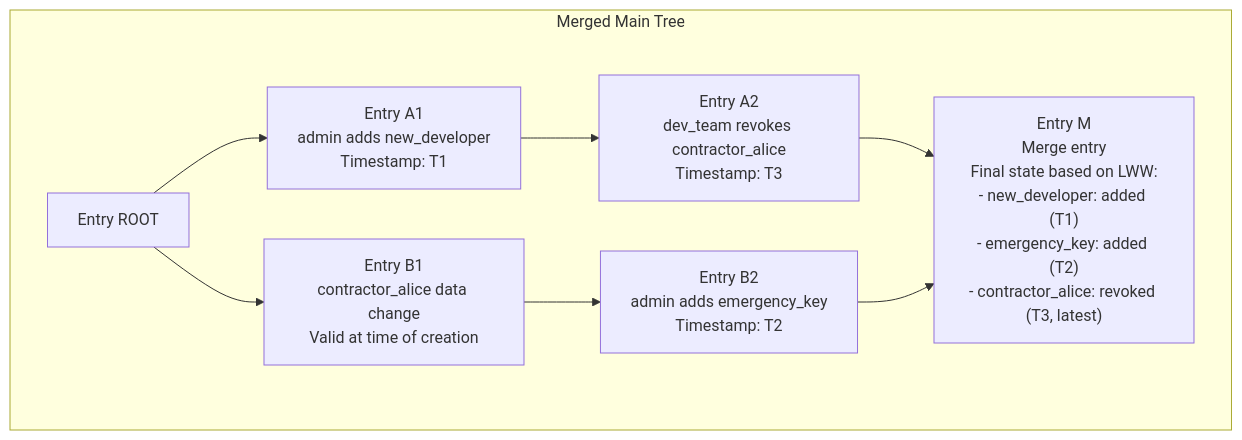
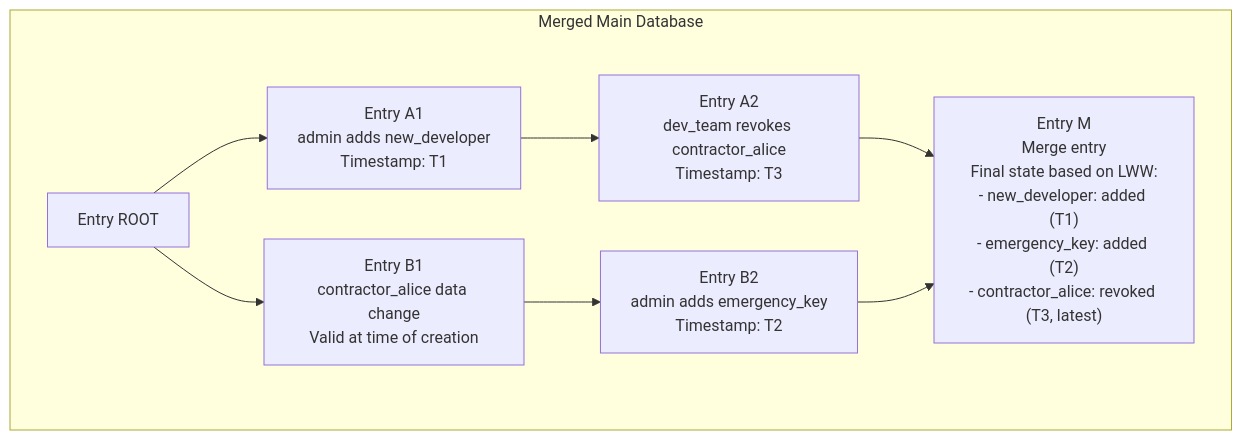
The seventh of 7 diagrams in docs/src/design/authentication.md (arcuru/eidetica), drawn with Mermaid before and after one commit. The commit also changed other lines of this file and 62 other files, not shown here.

````diff
--- a/docs/src/design/authentication.md
+++ b/docs/src/design/authentication.md
@@ -550,18 +550,18 @@
 ```mermaid
 graph TD
-    subgraph "Merged Main Tree"
+    subgraph "Merged Main Database"
         ROOT["Entry ROOT"]
         A1["Entry A1<br/>admin adds new_developer<br/>Timestamp: T1"]
         A2["Entry A2<br/>dev_team revokes contractor_alice<br/>Timestamp: T3"]
         B1["Entry B1<br/>contractor_alice data change<br/>Valid at time of creation"]
         B2["Entry B2<br/>admin adds emergency_key<br/>Timestamp: T2"]
         M["Entry M<br/>Merge entry<br/>Final state based on LWW:<br/>- new_developer: added (T1)<br/>- emergency_key: added (T2)<br/>- contractor_alice: revoked (T3, latest)"]
     end
 
     ROOT --> A1
     ROOT --> B1
     A1 --> A2
     B1 --> B2
     A2 --> M
     B2 --> M
 ```
````
